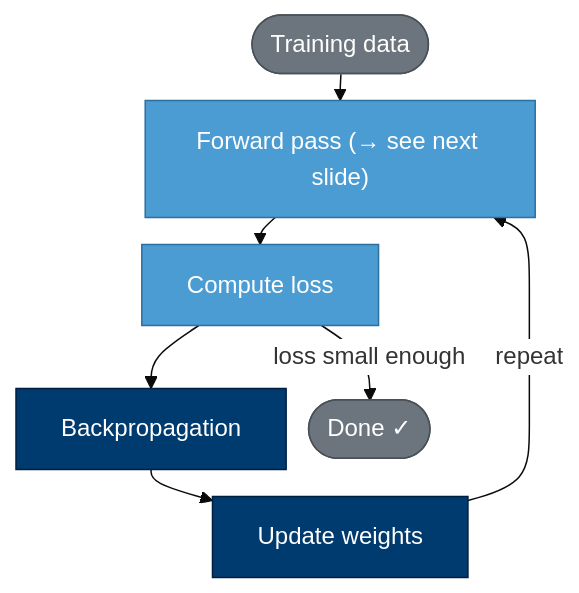
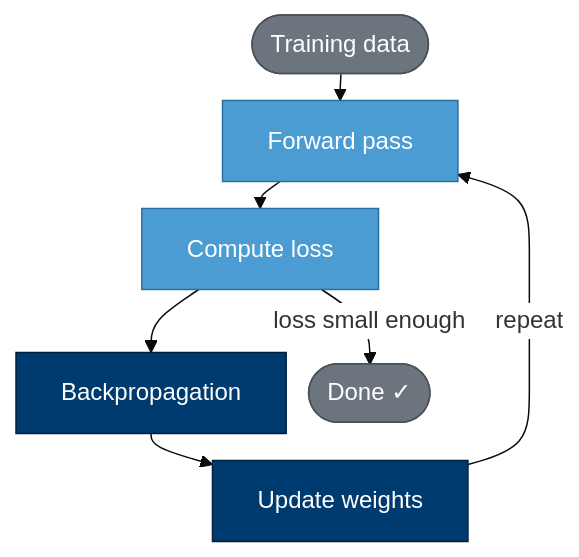
Before and after one commit to Cambridge-ICCS/GenAI-teaching: the first of 2 diagrams in _intro.qmd, drawn with Mermaid. The commit also changed other lines of this file and 8 other files, not shown here.

Commit message:
add excalidraw flow diagram

````diff
--- a/_intro.qmd
+++ b/_intro.qmd
@@ -16,18 +16,18 @@
 ```{mermaid}
 %%{init: {"flowchart": {"nodeSpacing": 15, "rankSpacing": 18}, "theme": "base", "themeVariables": {"edgeLabelBackground": "#ffffff"}}}%%
 flowchart TD
-    A([Training data]) --> B["Forward pass (→ see next slide)"]
+    A([Training data]) --> B["Forward pass"]
     B --> C[Compute loss]
     C --> D[Backpropagation]
     D --> E[Update weights]
     E -->|repeat| B
     C -->|loss small enough| F([Done ✓])
 
     classDef io     fill:#6c757d,stroke:#495057,color:#fff
     classDef step   fill:#4b9cd3,stroke:#2c6e9e,color:#fff
     classDef key    fill:#003b6f,stroke:#001f3f,color:#fff
 
     class A,F io
     class B,C step
     class D,E key
 ```
````
